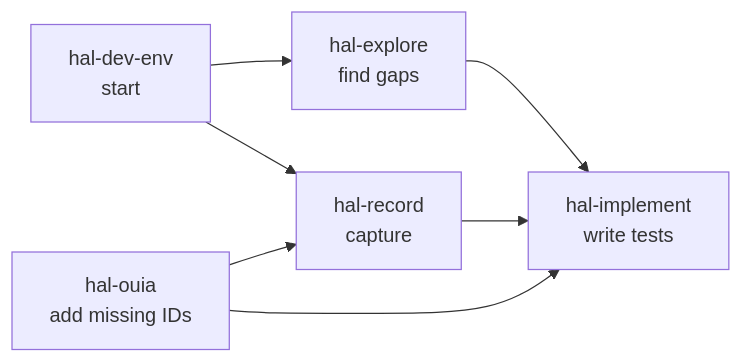
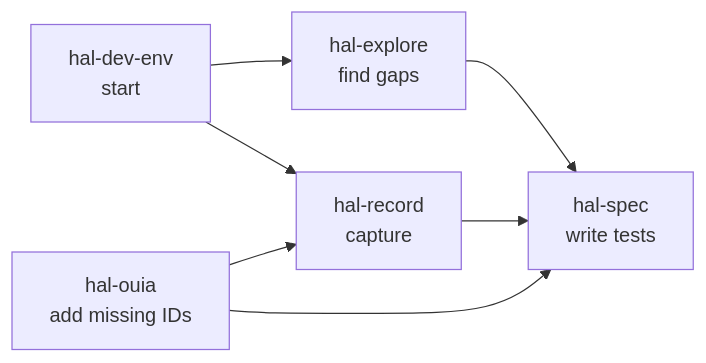
The first of 4 diagrams in docs/skills.md (hal/dave), drawn with Mermaid before and after one commit. The commit also changed other lines of this file and 11 other files, not shown here.

First line of the commit message:
refactor: rename hal-implement skill to hal-spec

````diff
--- a/docs/skills.md
+++ b/docs/skills.md
@@ -9,9 +9,9 @@
 ```mermaid
 graph LR
     A[hal-dev-env<br/>start] --> B[hal-explore<br/>find gaps]
     A --> C[hal-record<br/>capture]
-    B --> D[hal-implement<br/>write tests]
+    B --> D[hal-spec<br/>write tests]
     C --> D
     E[hal-ouia<br/>add missing IDs] --> C
     E --> D
 ```
````
